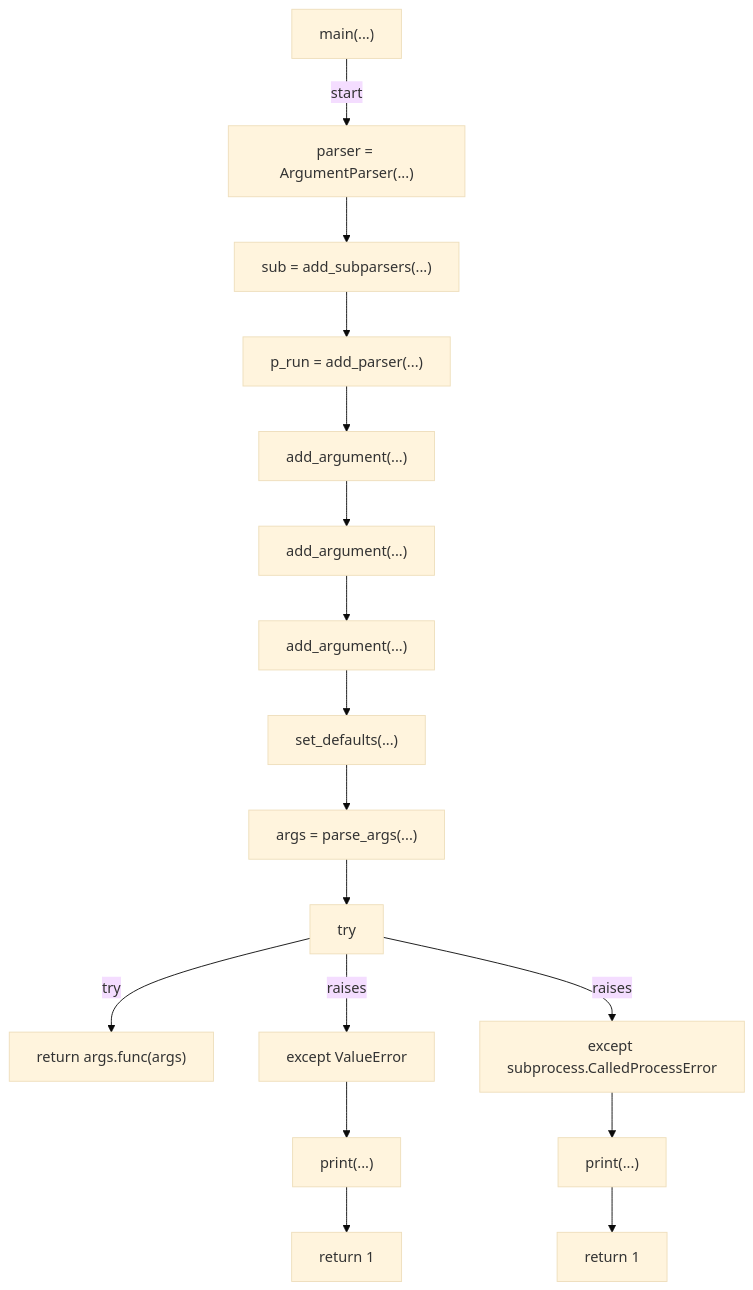
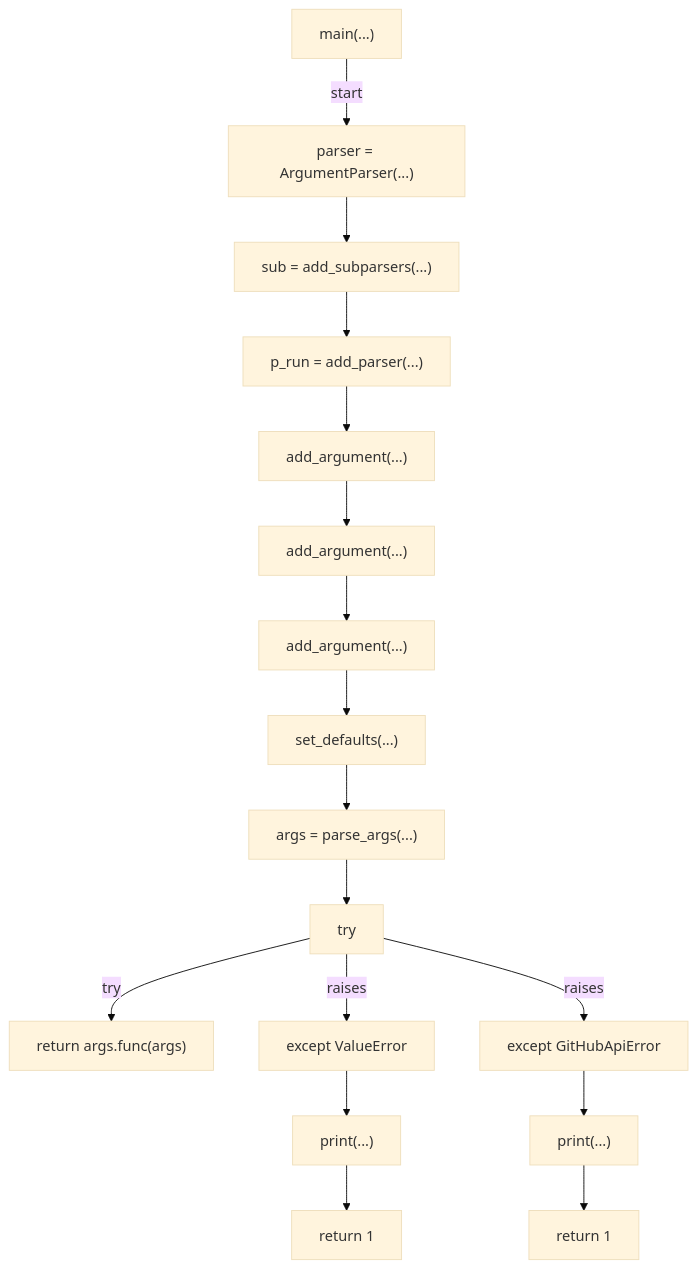
One commit to tvna/claude-md changed diagram 17 of 17 in docs/generated/scripts/ast/scan_non_ascii.md. Above: the diagram before and after it, drawn with Mermaid (base theme). The commit also changed other lines of this file and 15 other files, not shown here.

First line of the commit message:
docs(generated): regenerate decision tree and workflow diagrams

````diff
--- a/docs/generated/scripts/ast/scan_non_ascii.md
+++ b/docs/generated/scripts/ast/scan_non_ascii.md
@@ -373,36 +364,36 @@
 ```mermaid
 flowchart TD
     N001["main(...)"]
     N002["parser = ArgumentParser(...)"]
     N003["sub = add_subparsers(...)"]
     N004["p_run = add_parser(...)"]
     N005["add_argument(...)"]
     N006["add_argument(...)"]
     N007["add_argument(...)"]
     N008["set_defaults(...)"]
     N009["args = parse_args(...)"]
     N010["try"]
     N011["return args.func(args)"]
     N012["except ValueError"]
     N013["print(...)"]
     N014["return 1"]
-    N015["except subprocess.CalledProcessError"]
+    N015["except GitHubApiError"]
     N016["print(...)"]
     N017["return 1"]
     N001 -->|"start"| N002
     N002 --> N003
     N003 --> N004
     N004 --> N005
     N005 --> N006
     N006 --> N007
     N007 --> N008
     N008 --> N009
     N009 --> N010
     N010 -->|"try"| N011
     N010 -->|"raises"| N012
     N012 --> N013
     N013 --> N014
     N010 -->|"raises"| N015
     N015 --> N016
     N016 --> N017
 ```
````
